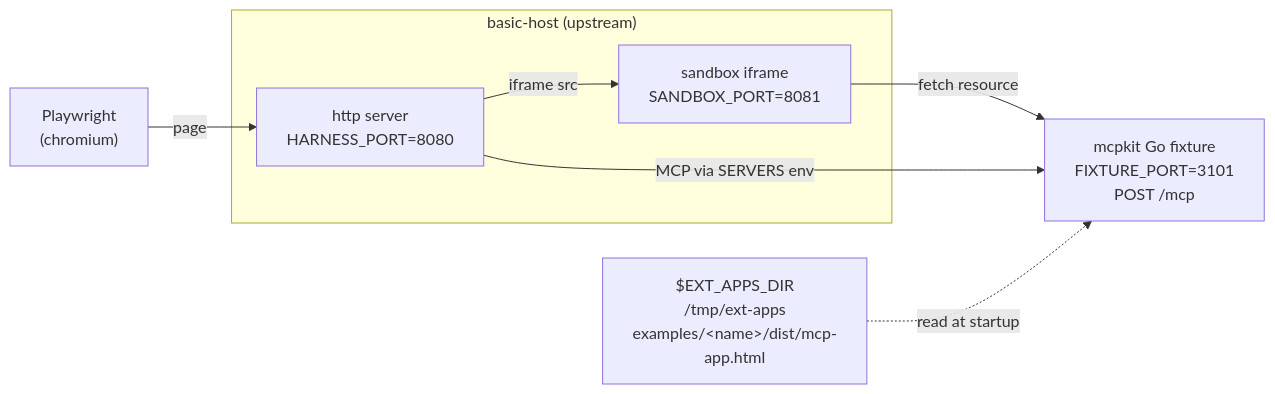
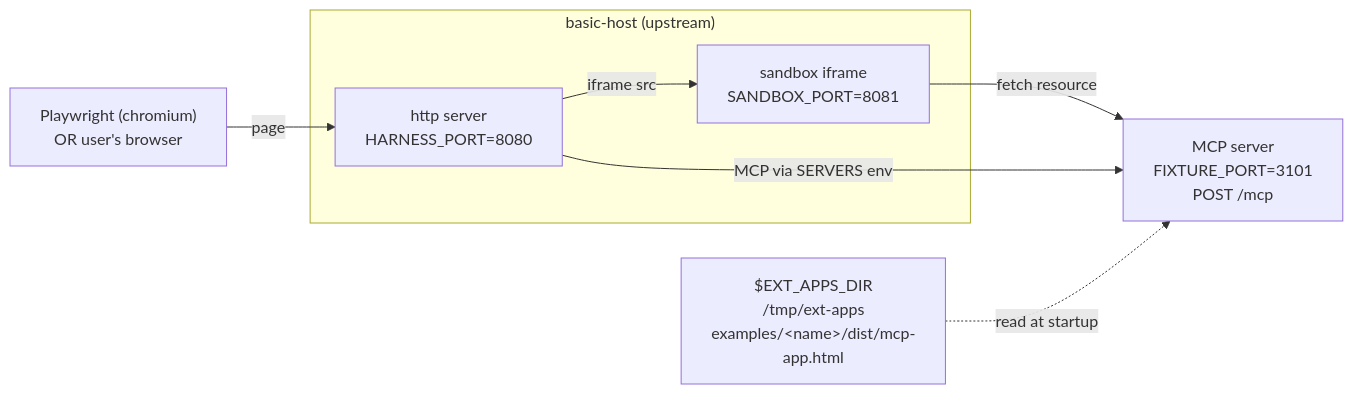
One commit to panyam/mcpkit changed the first of 2 diagrams in examples/apps/compat/README.md. Above: the diagram before and after it, drawn with Mermaid. The commit also changed other lines of this file, not shown here.

````diff
--- a/examples/apps/compat/README.md
+++ b/examples/apps/compat/README.md
@@ -62,18 +73,18 @@
 ```mermaid
 flowchart LR
-  PW["Playwright<br/>(chromium)"]
+  DRIVER["Playwright (chromium)<br/>OR user's browser"]
 
   subgraph Host["basic-host (upstream)"]
     HARNESS["http server<br/>HARNESS_PORT=8080"]
     SANDBOX["sandbox iframe<br/>SANDBOX_PORT=8081"]
   end
 
-  FIX["mcpkit Go fixture<br/>FIXTURE_PORT=3101<br/>POST /mcp"]
+  FIX["MCP server<br/>FIXTURE_PORT=3101<br/>POST /mcp"]
   EXT["$EXT_APPS_DIR<br/>/tmp/ext-apps<br/>examples/&lt;name&gt;/dist/mcp-app.html"]
 
-  PW -->|page| HARNESS
+  DRIVER -->|page| HARNESS
   HARNESS -->|iframe src| SANDBOX
   SANDBOX -->|fetch resource| FIX
   HARNESS -->|MCP via SERVERS env| FIX
   EXT -.->|read at startup| FIX
 ```
````
